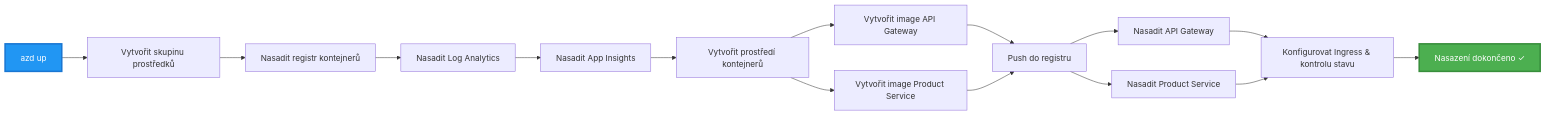
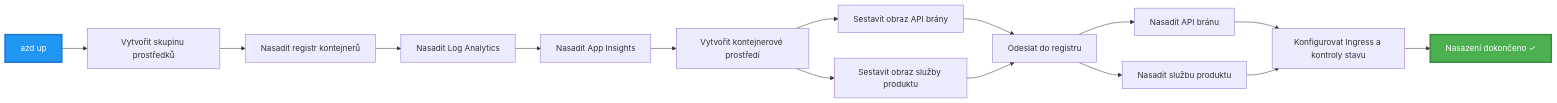
The third of 4 diagrams in translations/cs/examples/microservices/README.md (microsoft/AZD-for-beginners), drawn with Mermaid before and after one commit. The commit also changed other lines of this file and 243 other files, not shown here.

````diff
--- a/translations/cs/examples/microservices/README.md
+++ b/translations/cs/examples/microservices/README.md
@@ -242,20 +233,20 @@
 ```mermaid
 graph LR
     A[azd up] --> B[Vytvořit skupinu prostředků]
     B --> C[Nasadit registr kontejnerů]
     C --> D[Nasadit Log Analytics]
     D --> E[Nasadit App Insights]
-    E --> F[Vytvořit prostředí kontejnerů]
-    F --> G[Vytvořit image API Gateway]
-    F --> H[Vytvořit image Product Service]
-    G --> I[Push do registru]
+    E --> F[Vytvořit kontejnerové prostředí]
+    F --> G[Sestavit obraz API brány]
+    F --> H[Sestavit obraz služby produktu]
+    G --> I[Odeslat do registru]
     H --> I
-    I --> J[Nasadit API Gateway]
-    I --> K[Nasadit Product Service]
-    J --> L[Konfigurovat Ingress & kontrolu stavu]
+    I --> J[Nasadit API bránu]
+    I --> K[Nasadit službu produktu]
+    J --> L[Konfigurovat Ingress a kontroly stavu]
     K --> L
     L --> M[Nasazení dokončeno ✓]
     
     style A fill:#2196F3,stroke:#1976D2,stroke-width:3px,color:#fff
     style M fill:#4CAF50,stroke:#388E3C,stroke-width:3px,color:#fff
 ```
````
